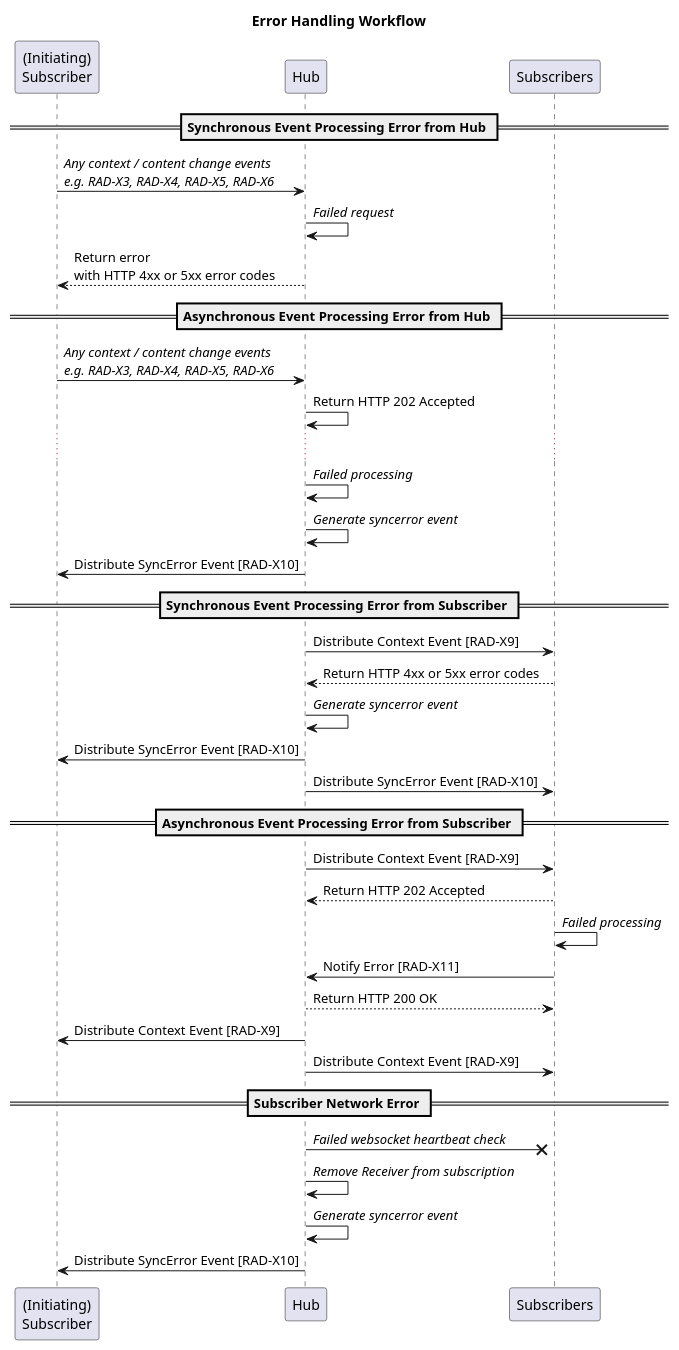
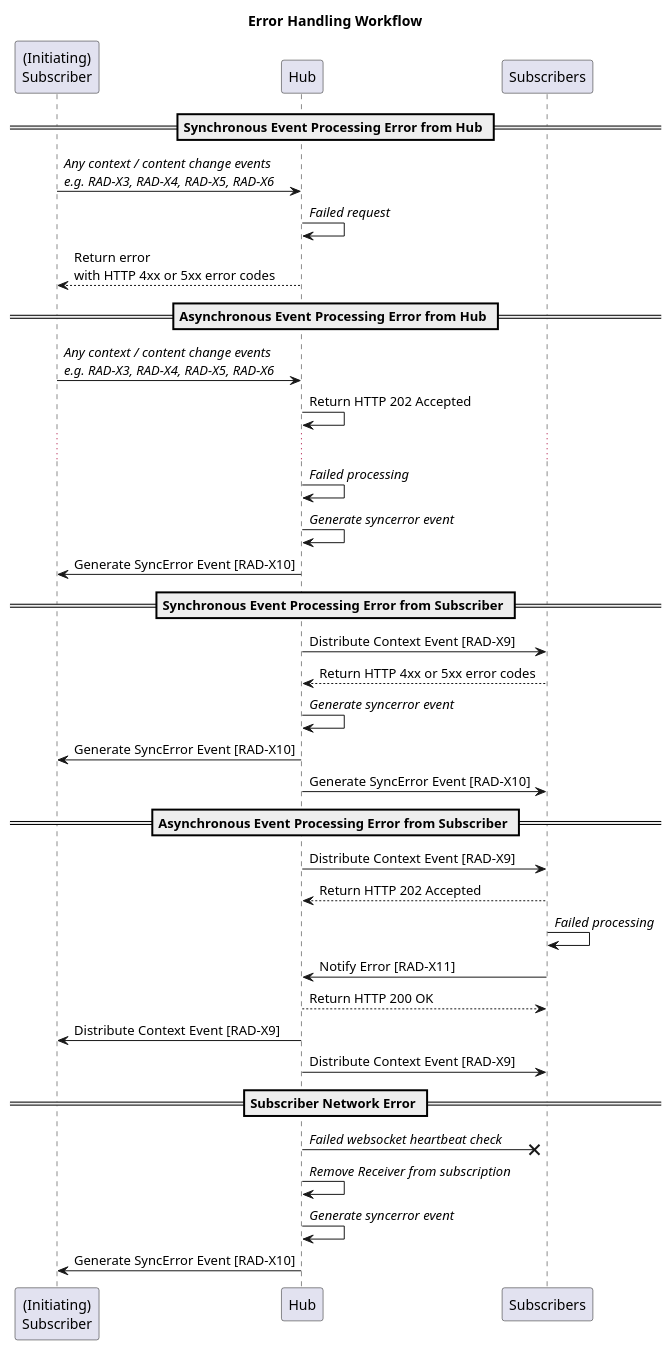
One commit to IHE/RAD.IRA changed the diagram in input/images-source/syncerror.plantuml. Above: the diagram before and after it, drawn with PlantUML.

Commit message:
Correct RAD-X10 transaction name.

```diff
--- a/input/images-source/syncerror.plantuml
+++ b/input/images-source/syncerror.plantuml
@@ -1,46 +1,46 @@
 @startuml syncerror
 
 title Error Handling Workflow
 
 participant "(Initiating)\nSubscriber" as Requester
 participant "Hub" as Hub
 participant "Subscribers" as Receiver
 
 == Synchronous Event Processing Error from Hub ==
 
 Requester->Hub: //Any context / content change events//\n//e.g. RAD-X3, RAD-X4, RAD-X5, RAD-X6//
 Hub->Hub: //Failed request//
 Hub-->Requester: Return error\nwith HTTP 4xx or 5xx error codes
 
 == Asynchronous Event Processing Error from Hub ==
 
 Requester->Hub: //Any context / content change events//\n//e.g. RAD-X3, RAD-X4, RAD-X5, RAD-X6//
 Hub->Hub: Return HTTP 202 Accepted
 ...
 Hub->Hub: //Failed processing// 
 Hub->Hub: //Generate syncerror event//
-Hub->Requester: Distribute SyncError Event [RAD-X10]
+Hub->Requester: Generate SyncError Event [RAD-X10]
 
 == Synchronous Event Processing Error from Subscriber ==
 Hub->Receiver: Distribute Context Event [RAD-X9]
 Receiver-->Hub: Return HTTP 4xx or 5xx error codes
 Hub->Hub: //Generate syncerror event//
-Hub->Requester: Distribute SyncError Event [RAD-X10]
-Hub->Receiver: Distribute SyncError Event [RAD-X10]
+Hub->Requester: Generate SyncError Event [RAD-X10]
+Hub->Receiver: Generate SyncError Event [RAD-X10]
 
 == Asynchronous Event Processing Error from Subscriber ==
 Hub->Receiver: Distribute Context Event [RAD-X9]
 Receiver-->Hub: Return HTTP 202 Accepted
 Receiver->Receiver: //Failed processing//
 Receiver->Hub: Notify Error [RAD-X11]
 Hub-->Receiver: Return HTTP 200 OK
 Hub->Requester: Distribute Context Event [RAD-X9]
 Hub->Receiver: Distribute Context Event [RAD-X9]
 
 == Subscriber Network Error ==
 Hub->x Receiver: //Failed websocket heartbeat check//
 Hub->Hub: //Remove Receiver from subscription//
 Hub->Hub: //Generate syncerror event//
-Hub->Requester: Distribute SyncError Event [RAD-X10]
+Hub->Requester: Generate SyncError Event [RAD-X10]
 
 @enduml
```
